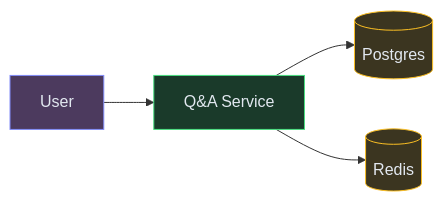
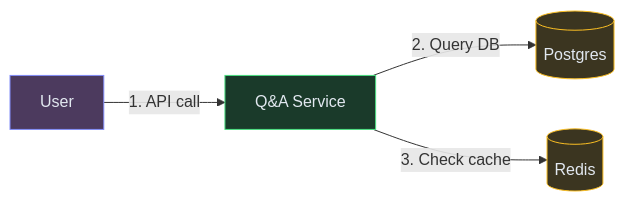
One commit to iluzn/HLD-Designs changed the third of 4 diagrams in content/hld/QAForum.md. Above: the diagram before and after it, drawn with Mermaid. The commit also changed other lines of this file and 27 other files, not shown here.

````diff
--- a/content/hld/QAForum.md
+++ b/content/hld/QAForum.md
@@ -119,15 +119,15 @@
 ```mermaid
 flowchart LR
     USER["User"]:::client
     API["Q&A Service"]:::service
     DB[("Postgres")]:::data
     CACHE[("Redis")]:::data
 
-    USER --> API
-    API --> DB
-    API --> CACHE
+    USER -->|"1. API call"| API
+    API -->|"2. Query DB"| DB
+    API -->|"3. Check cache"| CACHE
 
     classDef client fill:#4c3a5e,stroke:#818cf8,color:#e2e8f0
     classDef service fill:#1a3a2a,stroke:#4ade80,color:#e2e8f0
     classDef data fill:#3b3520,stroke:#fbbf24,color:#e2e8f0
 ```
````
